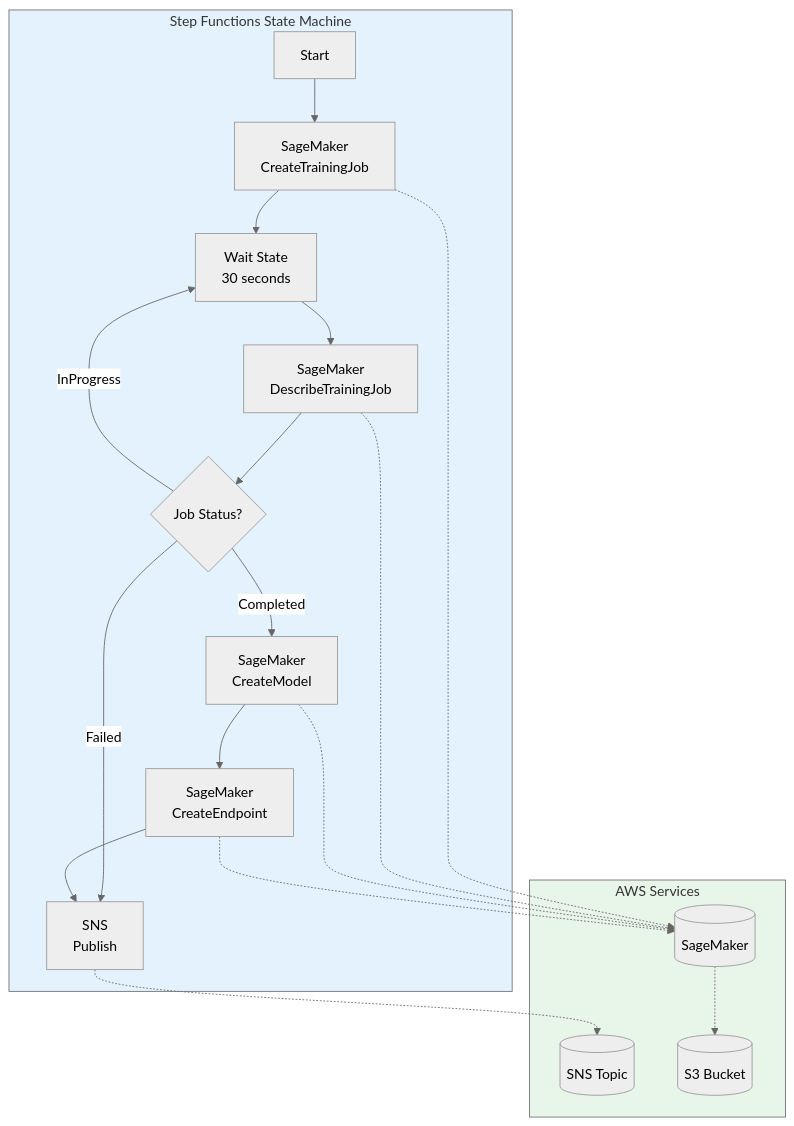
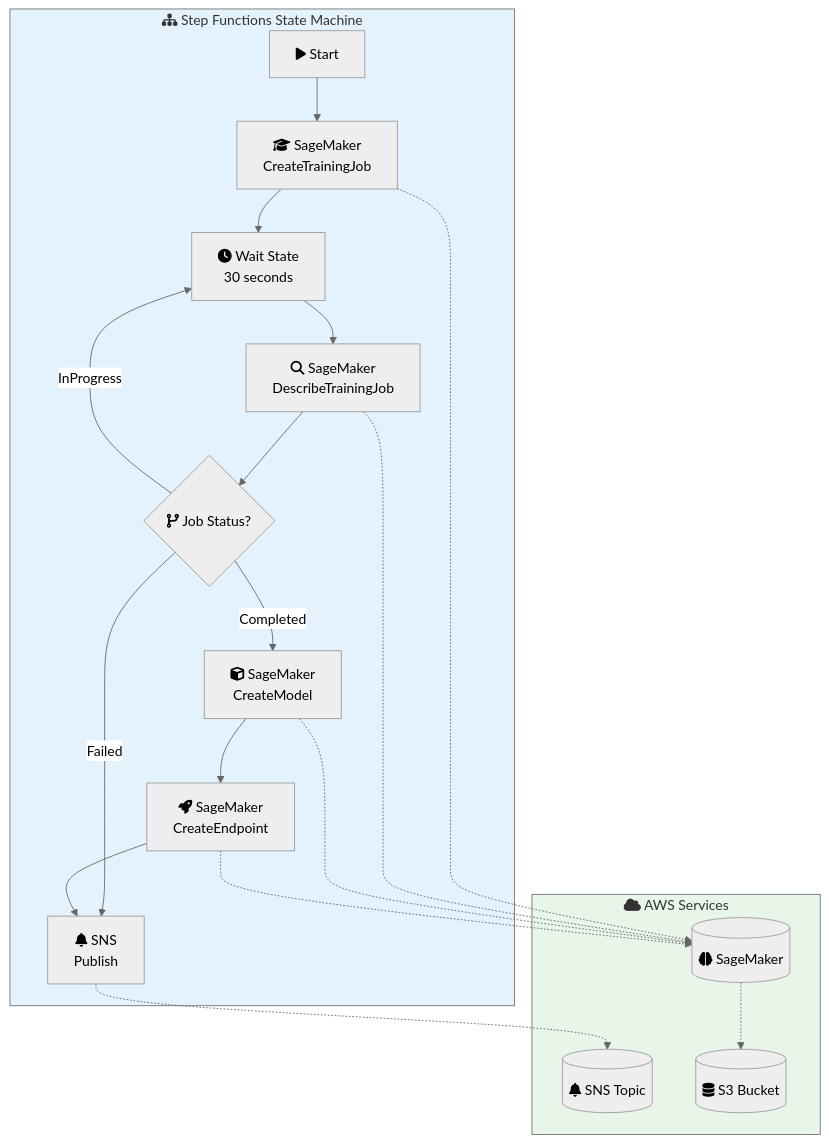
Before and after one commit to vinu76jsr/aws-sample-projects: the second of 3 diagrams in aws-ml-associate-prep/06-step-functions-ml/LAB.md, drawn with Mermaid (neutral theme). The commit also changed other lines of this file and 15 other files, not shown here.

First line of the commit message:
Add Font Awesome icons to all Mermaid diagrams

````diff
--- a/aws-ml-associate-prep/06-step-functions-ml/LAB.md
+++ b/aws-ml-associate-prep/06-step-functions-ml/LAB.md
@@ -35,39 +35,39 @@
 ```mermaid
 flowchart TB
-    subgraph StepFunctions["Step Functions State Machine"]
-        Start[Start]
-        Train[SageMaker<br/>CreateTrainingJob]
-        Wait[Wait State<br/>30 seconds]
-        Check[SageMaker<br/>DescribeTrainingJob]
-        Choice{Job Status?}
-        Model[SageMaker<br/>CreateModel]
-        Deploy[SageMaker<br/>CreateEndpoint]
-        Notify[SNS<br/>Publish]
+    subgraph StepFunctions["fa:fa-sitemap Step Functions State Machine"]
+        Start[fa:fa-play Start]
+        Train[fa:fa-graduation-cap SageMaker<br/>CreateTrainingJob]
+        Wait[fa:fa-clock Wait State<br/>30 seconds]
+        Check[fa:fa-search SageMaker<br/>DescribeTrainingJob]
+        Choice{fa:fa-code-branch Job Status?}
+        Model[fa:fa-cube SageMaker<br/>CreateModel]
+        Deploy[fa:fa-rocket SageMaker<br/>CreateEndpoint]
+        Notify[fa:fa-bell SNS<br/>Publish]
     end
 
-    subgraph AWSServices["AWS Services"]
-        SM[(SageMaker)]
-        SNS[(SNS Topic)]
-        S3[(S3 Bucket)]
+    subgraph AWSServices["fa:fa-cloud AWS Services"]
+        SM[(fa:fa-brain SageMaker)]
+        SNS[(fa:fa-bell SNS Topic)]
+        S3[(fa:fa-database S3 Bucket)]
     end
 
     Start --> Train
     Train --> Wait
     Wait --> Check
     Check --> Choice
     Choice -->|InProgress| Wait
     Choice -->|Completed| Model
     Choice -->|Failed| Notify
     Model --> Deploy
     Deploy --> Notify
 
     Train -.-> SM
     Check -.-> SM
     Model -.-> SM
     Deploy -.-> SM
     Notify -.-> SNS
     SM -.-> S3
 
     style StepFunctions fill:#e3f2fd
     style AWSServices fill:#e8f5e9
 ```
````
